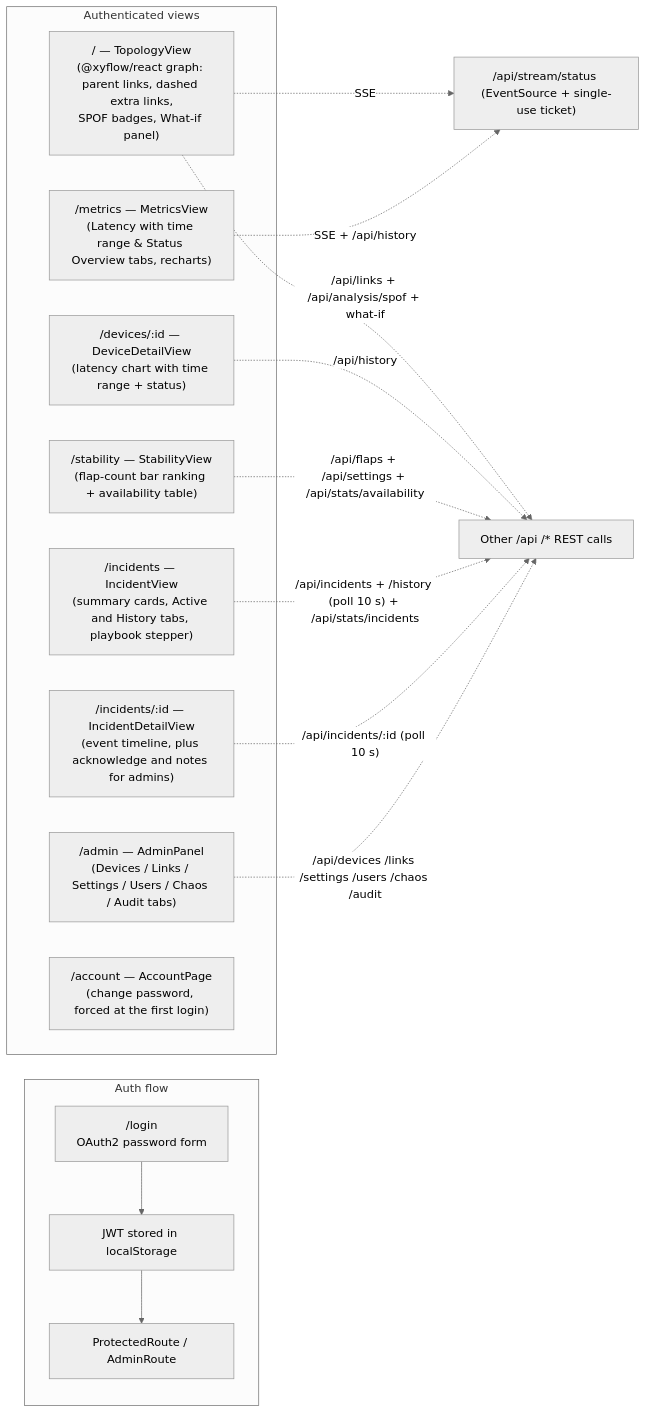
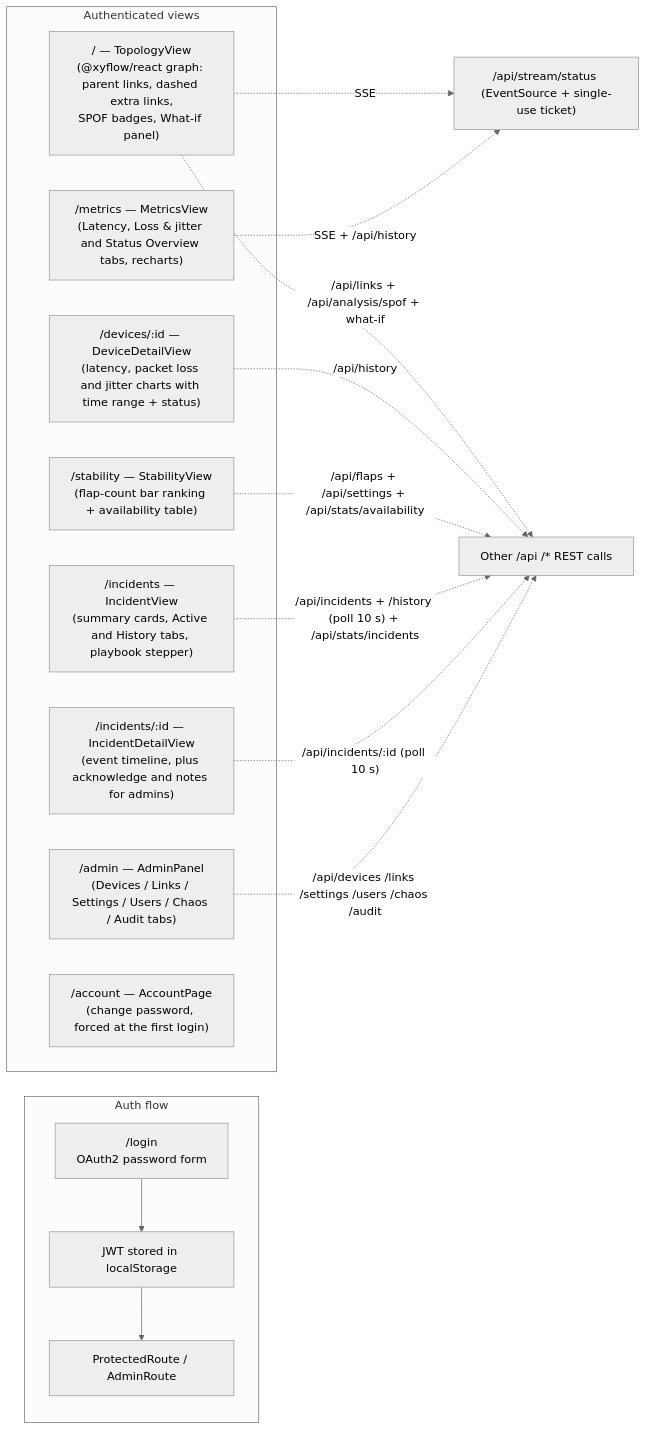
Before and after one commit to dumbL4d/network-analyser: the seventh of 10 diagrams in README.md, drawn with Mermaid (neutral theme). The commit also changed other lines of this file and 34 other files, not shown here.

First line of the commit message:
feat: add multi-ping probing with packet loss and jitter metrics

````diff
--- a/README.md
+++ b/README.md
@@ -666,27 +724,27 @@
 ```mermaid
 flowchart LR
     subgraph Auth["Auth flow"]
         LOGIN["/login<br/>OAuth2 password form"] --> JWT["JWT stored in localStorage"]
         JWT --> PROD["ProtectedRoute / AdminRoute"]
     end
 
     subgraph Views["Authenticated views"]
         T["/ — TopologyView<br/>(@xyflow/react graph: parent links, dashed extra links,<br/>SPOF badges, What-if panel)"]
-        D["/devices/:id — DeviceDetailView<br/>(latency chart with time range + status)"]
-        M["/metrics — MetricsView<br/>(Latency with time range & Status Overview tabs, recharts)"]
+        D["/devices/:id — DeviceDetailView<br/>(latency, packet loss and jitter charts with time range + status)"]
+        M["/metrics — MetricsView<br/>(Latency, Loss & jitter and Status Overview tabs, recharts)"]
         S["/stability — StabilityView<br/>(flap-count bar ranking + availability table)"]
         I["/incidents — IncidentView<br/>(summary cards, Active and History tabs, playbook stepper)"]
         IDV["/incidents/:id — IncidentDetailView<br/>(event timeline, plus acknowledge and notes for admins)"]
         A["/admin — AdminPanel<br/>(Devices / Links / Settings / Users / Chaos / Audit tabs)"]
         C["/account — AccountPage<br/>(change password, forced at the first login)"]
     end
 
     T -. SSE .-> STREAM["/api/stream/status (EventSource + single-use ticket)"]
     T -. "/api/links + /api/analysis/spof + what-if" .-> REST
     M -. SSE + /api/history .-> STREAM
     D -. /api/history .-> REST["Other /api /* REST calls"]
     S -. "/api/flaps + /api/settings + /api/stats/availability" .-> REST
     I -. "/api/incidents + /history (poll 10 s) + /api/stats/incidents" .-> REST
     IDV -. "/api/incidents/:id (poll 10 s)" .-> REST
     A -. "/api/devices /links /settings /users /chaos /audit" .-> REST
 ```
````
